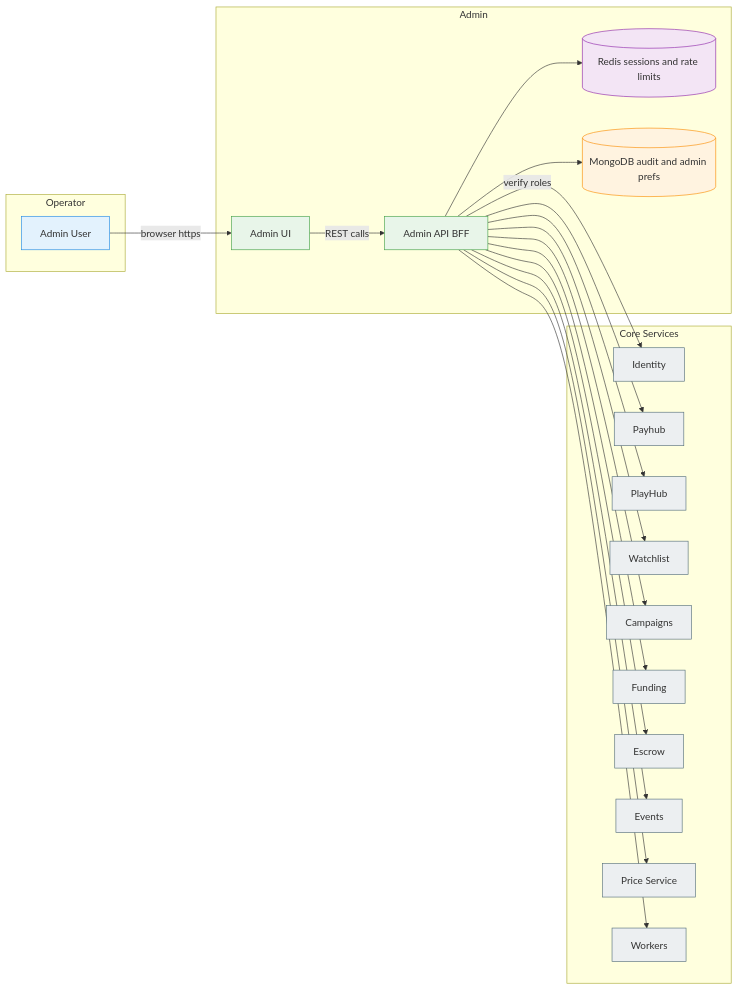
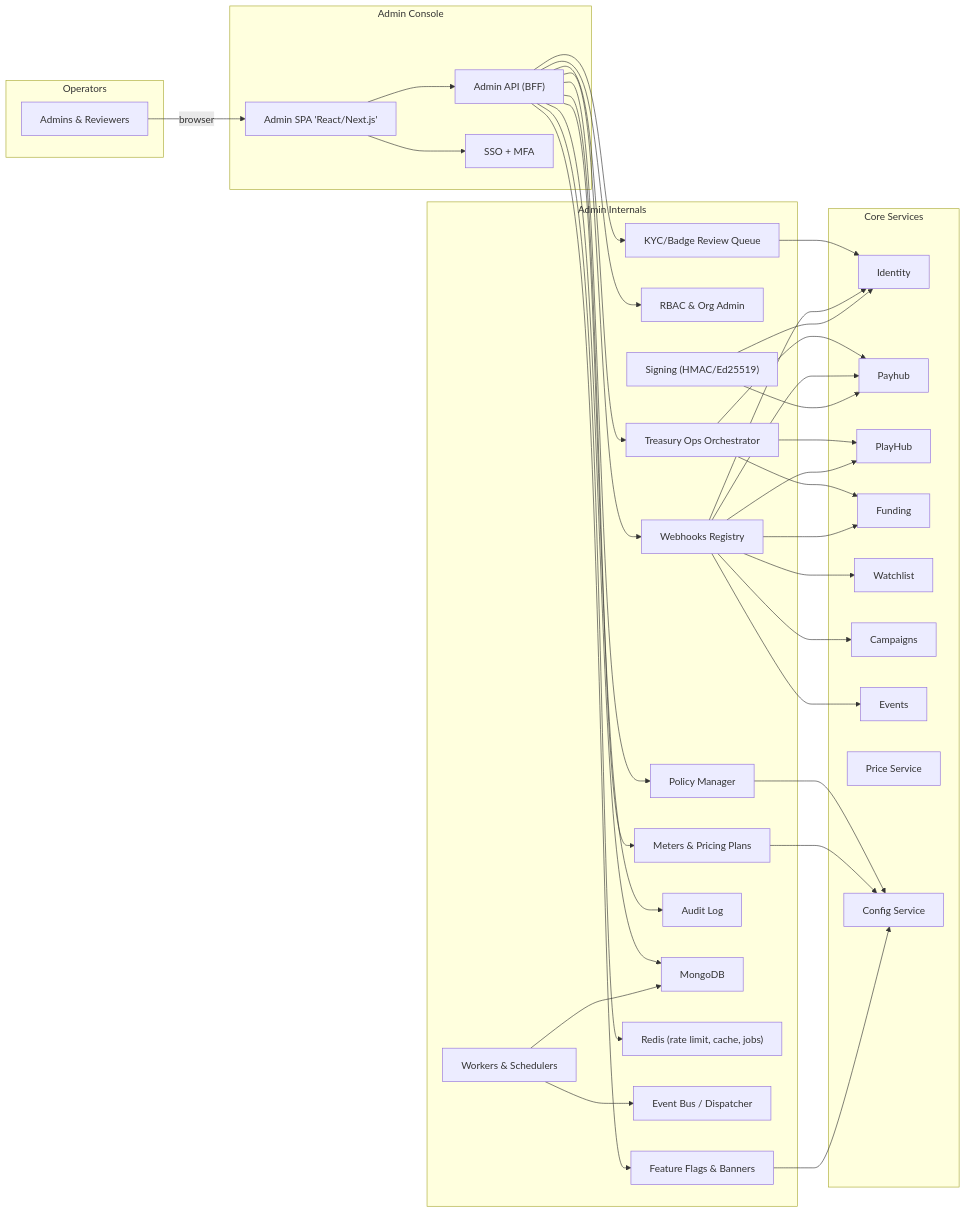
Before and after one commit to fuzeac/fuze-telegram-mini-app: the first of 5 diagrams in miniapp-admin.md, drawn with Mermaid. The commit also changed other lines of this file, not shown here.

````diff
--- a/miniapp-admin.md
+++ b/miniapp-admin.md
@@ -11,48 +11,77 @@
 ```mermaid
 flowchart LR
-  subgraph Operator
-    OP[Admin User]:::client
+  subgraph "Operators"
+    OP["Admins & Reviewers"]
   end
 
-  subgraph Admin
-    UI[Admin UI]:::svc
-    BFF[Admin API BFF]:::svc
-    CACHE[(Redis sessions and rate limits)]:::cache
-    DB[(MongoDB audit and admin prefs)]:::db
+  subgraph "Admin Console"
+    UI["Admin SPA 'React/Next.js'"]
+    BFF["Admin API (BFF)"]
+    AUTH["SSO + MFA"]
   end
 
-  subgraph Core Services
-    IDP[Identity]:::peer
-    PAY[Payhub]:::peer
-    PLAY[PlayHub]:::peer
-    WATCH[Watchlist]:::peer
-    CAMP[Campaigns]:::peer
-    FUND[Funding]:::peer
-    ESC[Escrow]:::peer
-    EVTS[Events]:::peer
-    PRICE[Price Service]:::peer
-    WORK[Workers]:::peer
+  subgraph "Core Services"
+    ID["Identity"]
+    PAY["Payhub"]
+    PH["PlayHub"]
+    FUN["Funding"]
+    WATCH["Watchlist"]
+    CAMP["Campaigns"]
+    EV["Events"]
+    PRICE["Price Service"]
+    CFG["Config Service"]
   end
 
-  OP -->|browser https| UI
-  UI -->|REST calls| BFF
-  BFF -->|verify roles| IDP
-  BFF --> CACHE
+  subgraph "Admin Internals"
+    POL["Policy Manager"]
+    RBAC["RBAC & Org Admin"]
+    KYCQ["KYC/Badge Review Queue"]
+    TRES["Treasury Ops Orchestrator"]
+    METER["Meters & Pricing Plans"]
+    WH["Webhooks Registry"]
+    FF["Feature Flags & Banners"]
+    AUD["Audit Log"]
+    DB["MongoDB"]
+    RDS["Redis (rate limit, cache, jobs)"]
+    EVT["Event Bus / Dispatcher"]
+    WRK["Workers & Schedulers"]
+    SIG["Signing (HMAC/Ed25519)"]
+  end
+
+  OP -->|browser| UI
+  UI --> BFF
+  UI --> AUTH
+
+  BFF --> POL
+  BFF --> RBAC
+  BFF --> KYCQ
+  BFF --> TRES
+  BFF --> METER
+  BFF --> WH
+  BFF --> FF
+  BFF --> AUD
   BFF --> DB
+  BFF --> RDS
+  WRK --> DB
+  WRK --> EVT
 
-  BFF --> PAY
-  BFF --> PLAY
-  BFF --> CAMP
-  BFF --> WATCH
-  BFF --> FUND
-  BFF --> ESC
-  BFF --> EVTS
-  BFF --> PRICE
-  BFF --> WORK
+  %% Cross-service calls (signed S2S)
+  POL --> CFG
+  METER --> CFG
+  FF --> CFG
 
-  classDef client fill:#E3F2FD,stroke:#1E88E5;
-  classDef svc fill:#E8F5E9,stroke:#43A047;
-  classDef db fill:#FFF3E0,stroke:#FB8C00;
-  classDef cache fill:#F3E5F5,stroke:#8E24AA;
-  classDef peer fill:#ECEFF1,stroke:#546E7A;
+  KYCQ --> ID
+  TRES --> PAY
+  TRES --> PH
+  TRES --> FUN
+  WH --> ID
+  WH --> PAY
+  WH --> PH
+  WH --> FUN
+  WH --> WATCH
+  WH --> CAMP
+  WH --> EV
+
+  SIG --> ID
+  SIG --> PAY
 ```
````
